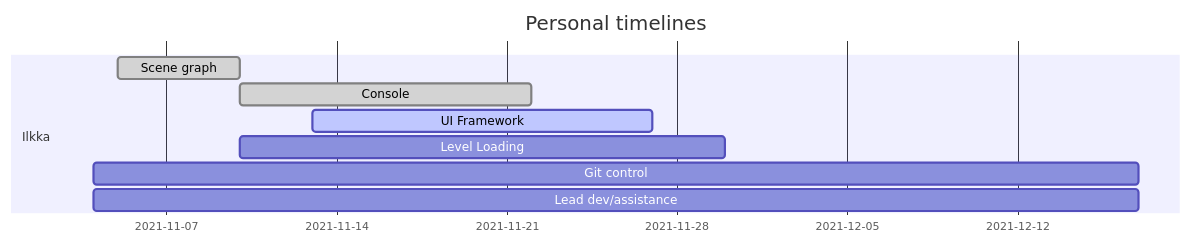
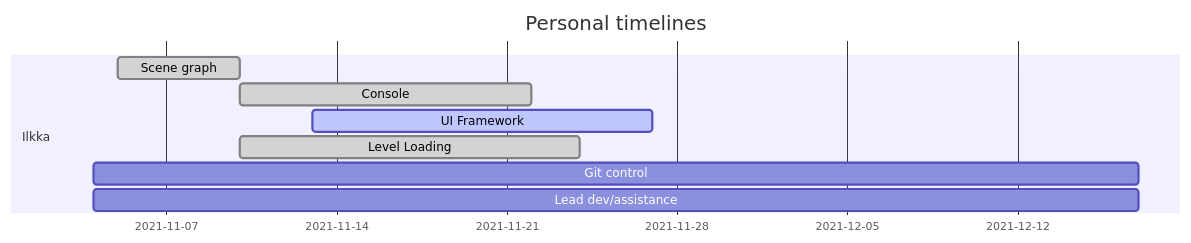
Before and after one commit to IlkkaTakala/Eril-Engine: the second of 8 diagrams in docs/ProjectPlan.md, drawn with Mermaid. The commit also changed other lines of this file, not shown here.

Commit message:
Updated responsibilities, timelines

````diff
--- a/docs/ProjectPlan.md
+++ b/docs/ProjectPlan.md
@@ -64,13 +76,13 @@
 ```mermaid
 gantt
 dateFormat  DD-MM
 title Personal timelines
 
 section Ilkka
 Scene graph             :done  ,  ides1, 05-11, 5d
 Console                 :done,    ides2, after ides1, 12d
 UI Framework            :active,  ides6, 13-11, 14d 
-Level Loading           :         ides5, after ides1, 20d
+Level Loading           :done,    ides5, after ides1, 14d
 Git control             :         ides3, 04-11, 17-12
 Lead dev/assistance     :         ides4, 04-11, 17-12
 ```
````
